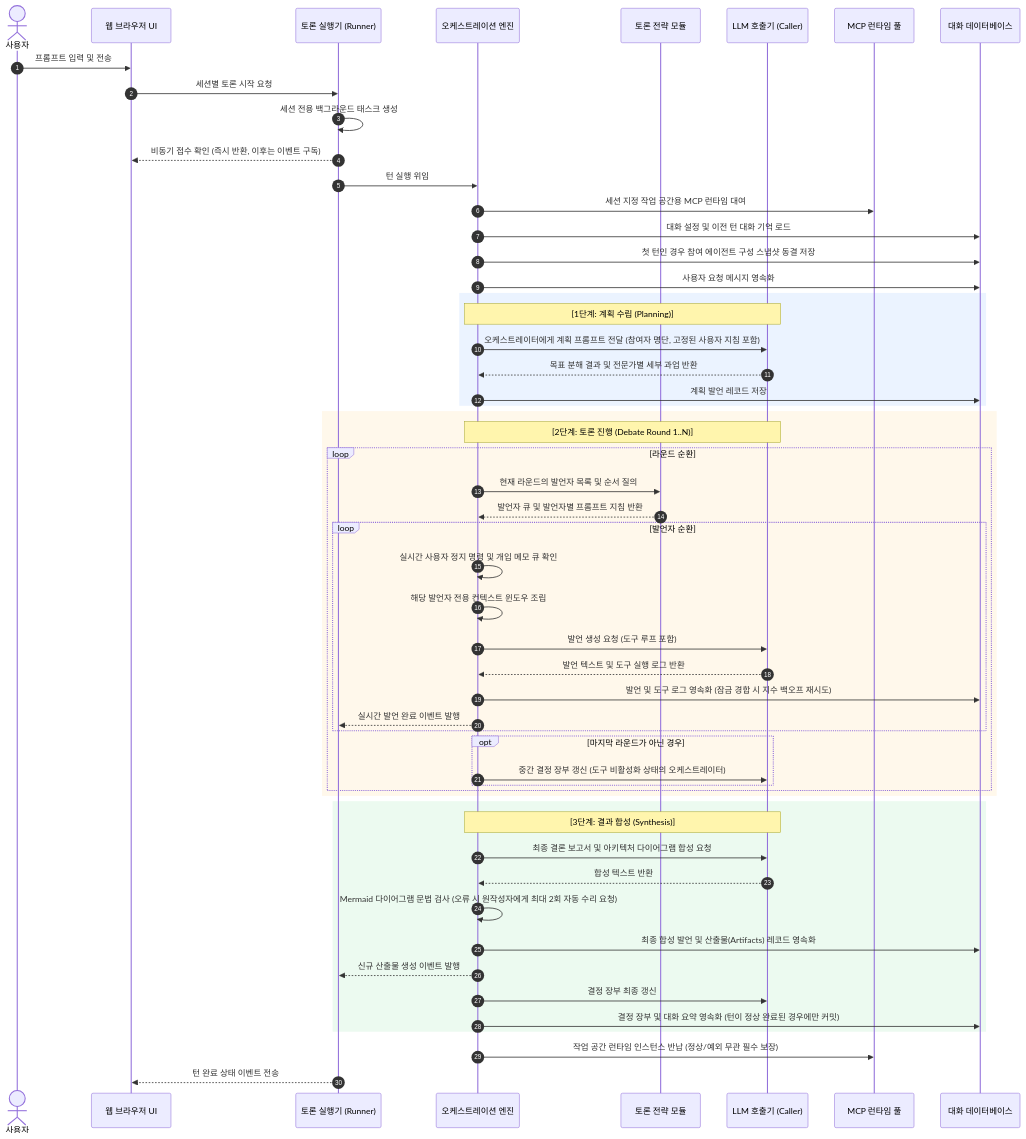
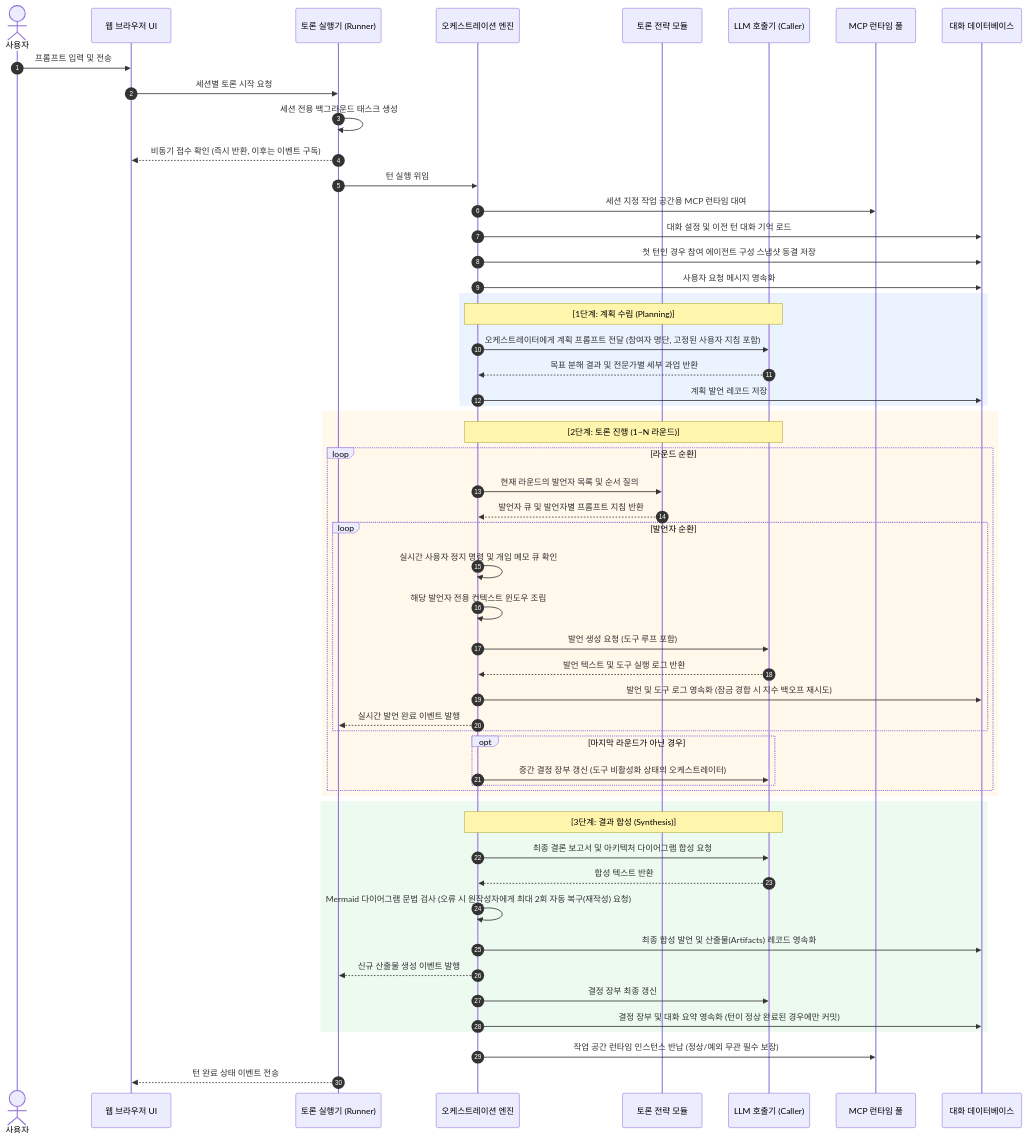
One commit to HaJaehee/MultiAgentDebateAndOrchestrationPlatform changed the third of 10 diagrams in lectures/03-architecture/02-dynamic-view.md. Above: the diagram before and after it, drawn with Mermaid. The commit also changed other lines of this file and 55 other files, not shown here.

````diff
--- a/lectures/03-architecture/02-dynamic-view.md
+++ b/lectures/03-architecture/02-dynamic-view.md
@@ -84,62 +84,62 @@
 ```mermaid
 sequenceDiagram
     autonumber
     actor U as 사용자
     participant UI as 웹 브라우저 UI
     participant X as 토론 실행기 (Runner)
     participant E as 오케스트레이션 엔진
     participant S as 토론 전략 모듈
     participant L as LLM 호출기 (Caller)
     participant T as MCP 런타임 풀
     participant D as 대화 데이터베이스
 
     U->>UI: 프롬프트 입력 및 전송
     UI->>X: 세션별 토론 시작 요청
     X->>X: 세션 전용 백그라운드 태스크 생성
     X-->>UI: 비동기 접수 확인 (즉시 반환, 이후는 이벤트 구독)
     X->>E: 턴 실행 위임
     E->>T: 세션 지정 작업 공간용 MCP 런타임 대여
     E->>D: 대화 설정 및 이전 턴 대화 기억 로드
     E->>D: 첫 턴인 경우 참여 에이전트 구성 스냅샷 동결 저장
     E->>D: 사용자 요청 메시지 영속화
 
     rect rgb(235, 243, 255)
         Note over E,L: [1단계: 계획 수립 (Planning)]
         E->>L: 오케스트레이터에게 계획 프롬프트 전달 (참여자 명단, 고정된 사용자 지침 포함)
         L-->>E: 목표 분해 결과 및 전문가별 세부 과업 반환
         E->>D: 계획 발언 레코드 저장
     end
 
     rect rgb(255, 248, 235)
-        Note over E,L: [2단계: 토론 진행 (Debate Round 1..N)]
+        Note over E,L: [2단계: 토론 진행 (1~N 라운드)]
         loop 라운드 순환
             E->>S: 현재 라운드의 발언자 목록 및 순서 질의
             S-->>E: 발언자 큐 및 발언자별 프롬프트 지침 반환
             loop 발언자 순환
                 E->>E: 실시간 사용자 정지 명령 및 개입 메모 큐 확인
                 E->>E: 해당 발언자 전용 컨텍스트 윈도우 조립
                 E->>L: 발언 생성 요청 (도구 루프 포함)
                 L-->>E: 발언 텍스트 및 도구 실행 로그 반환
                 E->>D: 발언 및 도구 로그 영속화 (잠금 경합 시 지수 백오프 재시도)
                 E-->>X: 실시간 발언 완료 이벤트 발행
             end
             opt 마지막 라운드가 아닌 경우
                 E->>L: 중간 결정 장부 갱신 (도구 비활성화 상태의 오케스트레이터)
             end
         end
     end
 
     rect rgb(236, 250, 240)
         Note over E,L: [3단계: 결과 합성 (Synthesis)]
         E->>L: 최종 결론 보고서 및 아키텍처 다이어그램 합성 요청
         L-->>E: 합성 텍스트 반환
-        E->>E: Mermaid 다이어그램 문법 검사 (오류 시 원작성자에게 최대 2회 자동 수리 요청)
+        E->>E: Mermaid 다이어그램 문법 검사 (오류 시 원작성자에게 최대 2회 자동 복구(재작성) 요청)
         E->>D: 최종 합성 발언 및 산출물(Artifacts) 레코드 영속화
         E-->>X: 신규 산출물 생성 이벤트 발행
         E->>L: 결정 장부 최종 갱신
         E->>D: 결정 장부 및 대화 요약 영속화 (턴이 정상 완료된 경우에만 커밋)
     end
 
     E->>T: 작업 공간 런타임 인스턴스 반납 (정상/예외 무관 필수 보장)
     X-->>UI: 턴 완료 상태 이벤트 전송
 ```
````
